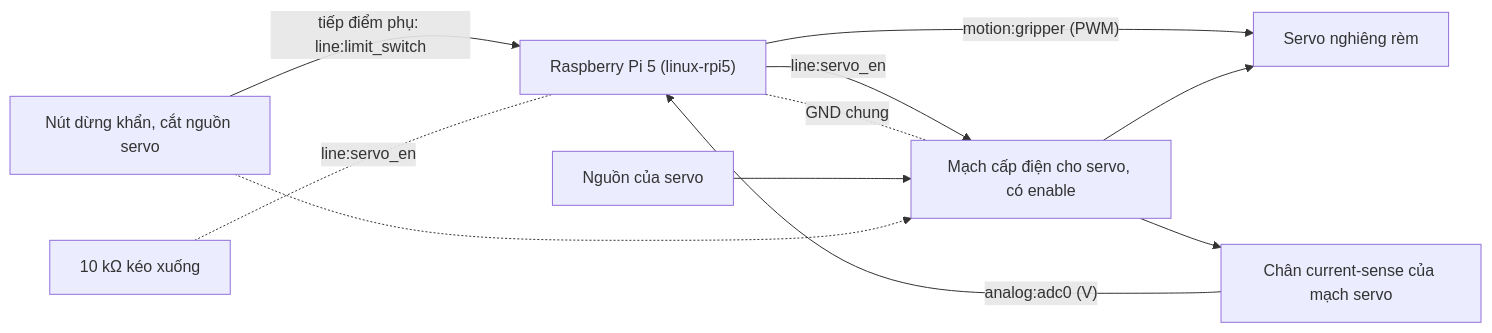
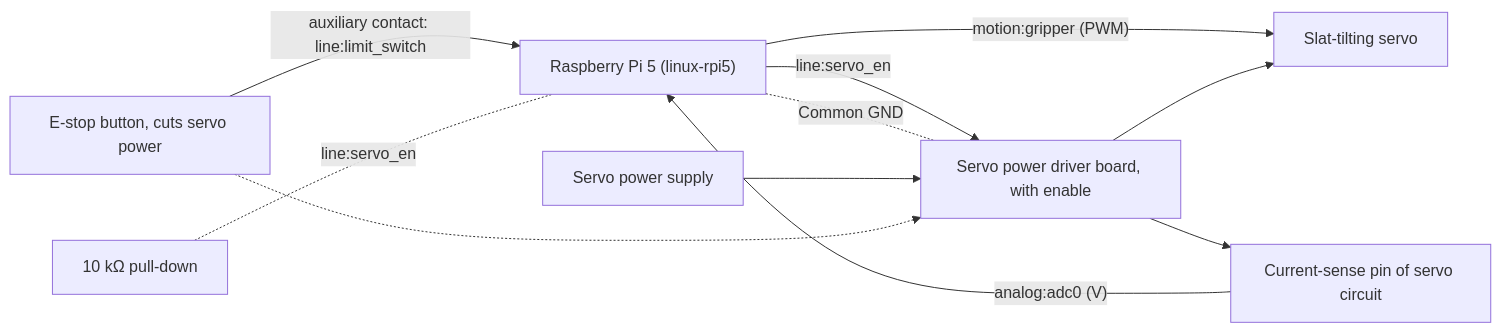
The diagram in docs/user/kit-rem-cua.md (letrongminh/neuroedge-init), drawn with Mermaid before and after one commit. The commit also changed other lines of this file and 57 other files, not shown here.

Commit message:
docs in English: spec, architecture 00-05, RFCs, user docs, kits, partner guides, demos, reports, Blueprint proposal

````diff
--- a/docs/user/kit-rem-cua.md
+++ b/docs/user/kit-rem-cua.md
@@ -52,13 +52,13 @@
 ```mermaid
 flowchart LR
-  PI["Raspberry Pi 5 (linux-rpi5)"] -->|"motion:gripper (PWM)"| SV["Servo nghiêng rèm"]
-  PI -->|"line:servo_en"| DRV["Mạch cấp điện cho servo, có enable"]
-  PI -. "GND chung" .- DRV
-  PSU["Nguồn của servo"] --> DRV
+  PI["Raspberry Pi 5 (linux-rpi5)"] -->|"motion:gripper (PWM)"| SV["Slat-tilting servo"]
+  PI -->|"line:servo_en"| DRV["Servo power driver board, with enable"]
+  PI -. "Common GND" .- DRV
+  PSU["Servo power supply"] --> DRV
   DRV --> SV
-  EST["Nút dừng khẩn, cắt nguồn servo"] -.-> DRV
-  EST -->|"tiếp điểm phụ: line:limit_switch"| PI
-  CS["Chân current-sense của mạch servo"] -->|"analog:adc0 (V)"| PI
+  EST["E-stop button, cuts servo power"] -.-> DRV
+  EST -->|"auxiliary contact: line:limit_switch"| PI
+  CS["Current-sense pin of servo circuit"] -->|"analog:adc0 (V)"| PI
   DRV --> CS
-  PD["10 kΩ kéo xuống"] -. "line:servo_en" .- PI
+  PD["10 kΩ pull-down"] -. "line:servo_en" .- PI
 ```
````
